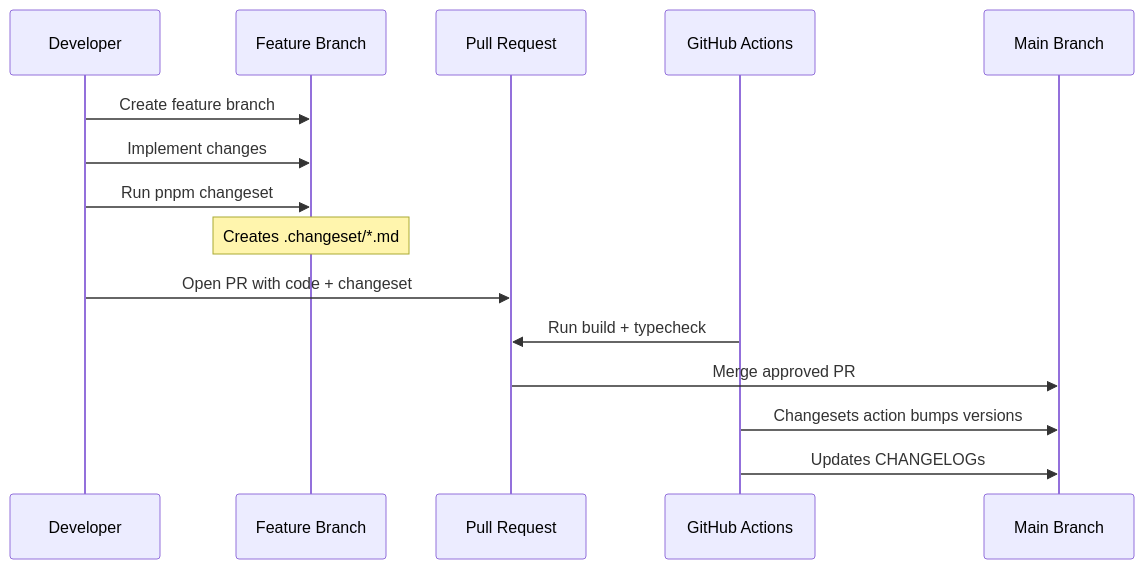
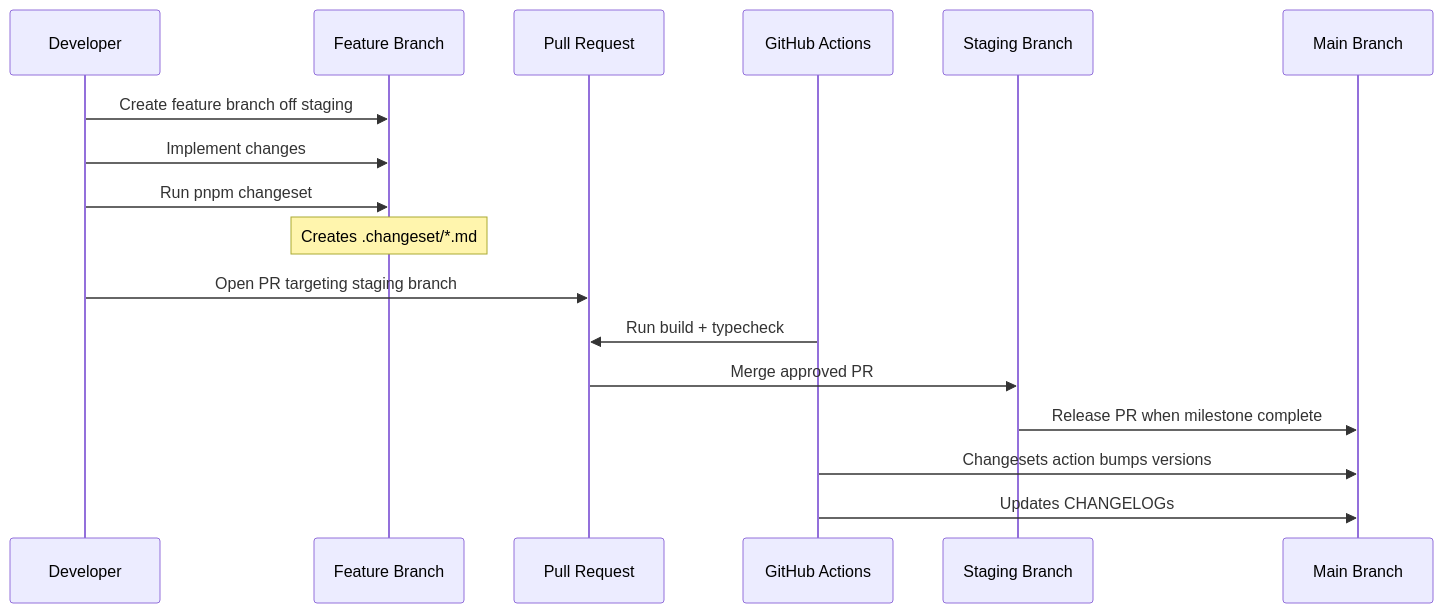
The seventh of 7 diagrams in ARCHITECTURE.md (WianVDM/schema-framework), drawn with Mermaid before and after one commit. The commit also changed other lines of this file and 15 other files, not shown here.

````diff
--- a/ARCHITECTURE.md
+++ b/ARCHITECTURE.md
@@ -318,18 +318,20 @@
 ```mermaid
 sequenceDiagram
     participant Dev as Developer
     participant Branch as Feature Branch
     participant PR as Pull Request
     participant CI as GitHub Actions
+    participant Staging as Staging Branch
     participant Main as Main Branch
 
-    Dev->>Branch: Create feature branch
+    Dev->>Branch: Create feature branch off staging
     Dev->>Branch: Implement changes
     Dev->>Branch: Run pnpm changeset
     Note over Branch: Creates .changeset/*.md
-    Dev->>PR: Open PR with code + changeset
+    Dev->>PR: Open PR targeting staging branch
     CI->>PR: Run build + typecheck
-    PR->>Main: Merge approved PR
+    PR->>Staging: Merge approved PR
+    Staging->>Main: Release PR when milestone complete
     CI->>Main: Changesets action bumps versions
     CI->>Main: Updates CHANGELOGs
 ```
````
